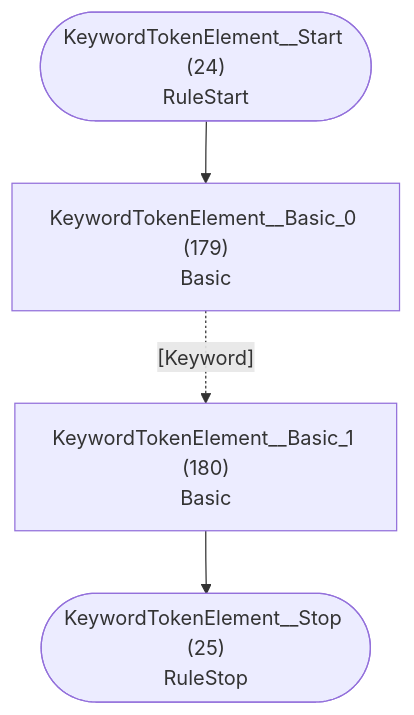
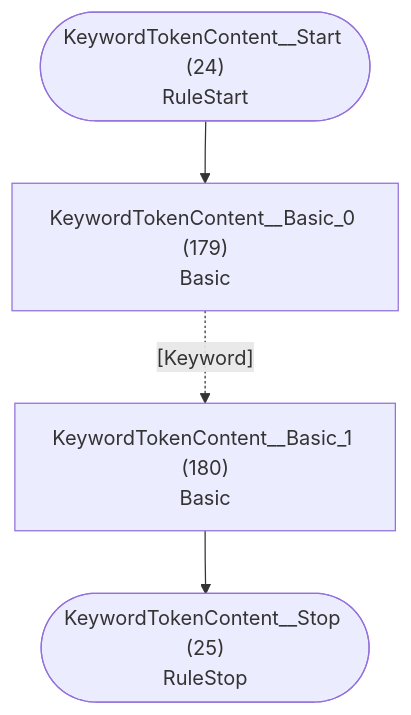
One commit to TypeFox/fastbelt changed diagram 13 of 37 in internal/grammar/atn.md. Above: the diagram before and after it, drawn with Mermaid. The commit also changed other lines of this file and 9 other files, not shown here.

````diff
--- a/internal/grammar/atn.md
+++ b/internal/grammar/atn.md
@@ -357,11 +357,11 @@
 ```mermaid
 flowchart TD
-    q24(["KeywordTokenElement__Start (24)<br/>RuleStart"])
-    q25(["KeywordTokenElement__Stop (25)<br/>RuleStop"])
-    q179["KeywordTokenElement__Basic_0 (179)<br/>Basic<br/>"]
-    q180["KeywordTokenElement__Basic_1 (180)<br/>Basic<br/>"]
+    q24(["KeywordTokenContent__Start (24)<br/>RuleStart"])
+    q25(["KeywordTokenContent__Stop (25)<br/>RuleStop"])
+    q179["KeywordTokenContent__Basic_0 (179)<br/>Basic<br/>"]
+    q180["KeywordTokenContent__Basic_1 (180)<br/>Basic<br/>"]
 
     q24 --> q179
     q179 -.->|"[Keyword]"| q180
     q180 --> q25
 ```
````
